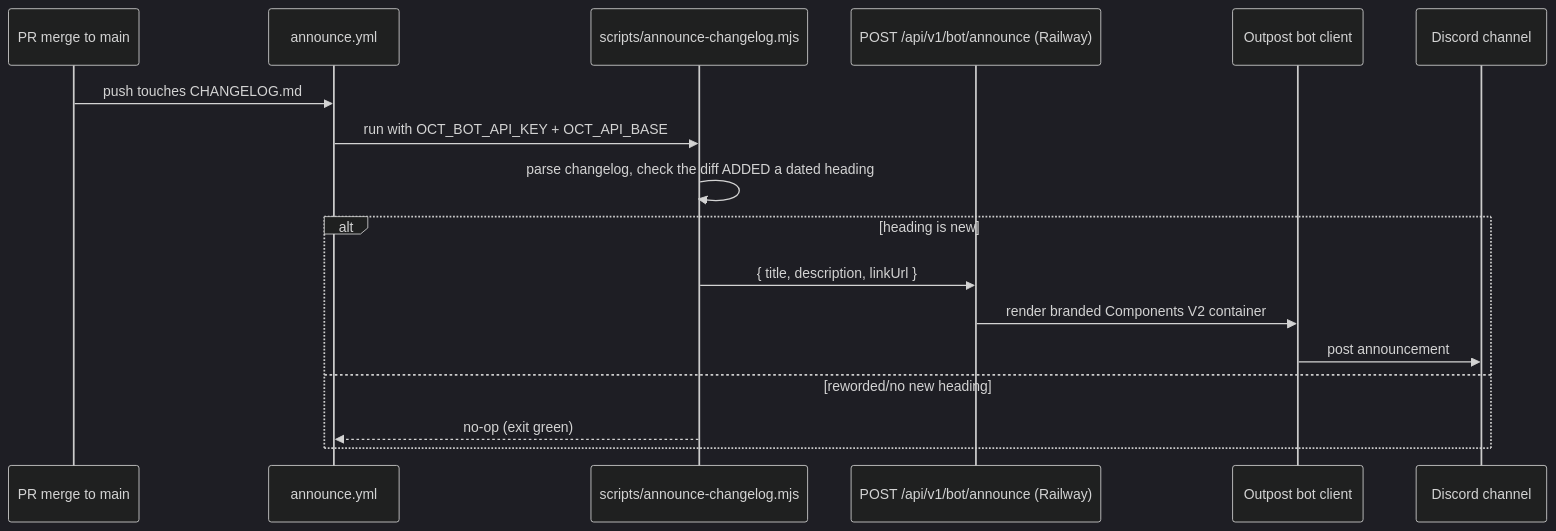
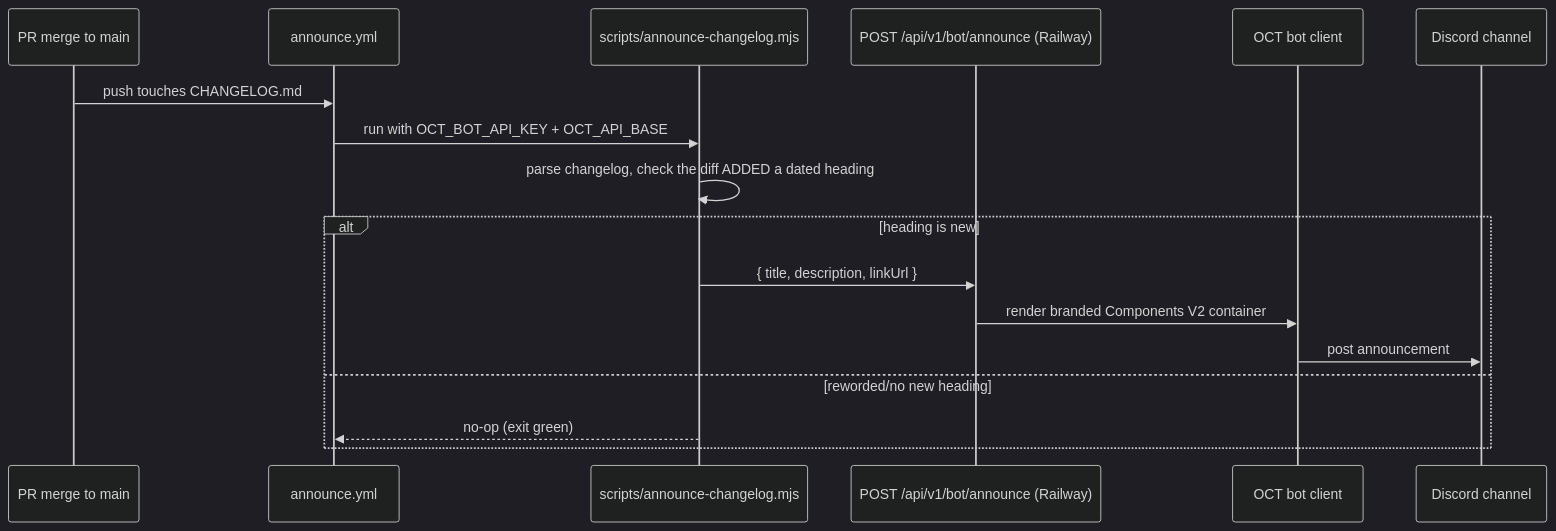
One commit to ArhamKhurram/Onchain-Tools changed the diagram in docs/src/content/docs/operations/announcements.md. Above: the diagram before and after it, drawn with Mermaid (dark theme). The commit also changed 28 other files, not shown here.

````diff
--- a/docs/src/content/docs/operations/announcements.md
+++ b/docs/src/content/docs/operations/announcements.md
@@ -11,20 +11,20 @@
 ```mermaid
 sequenceDiagram
   participant Dev as PR merge to main
   participant GH as announce.yml
   participant S as scripts/announce-changelog.mjs
   participant API as POST /api/v1/bot/announce (Railway)
-  participant Bot as Outpost bot client
+  participant Bot as OCT bot client
   participant D as Discord channel
 
   Dev->>GH: push touches CHANGELOG.md
   GH->>S: run with OCT_BOT_API_KEY + OCT_API_BASE
   S->>S: parse changelog, check the diff ADDED a dated heading
   alt heading is new
     S->>API: { title, description, linkUrl }
     API->>Bot: render branded Components V2 container
     Bot->>D: post announcement
   else reworded/no new heading
     S-->>GH: no-op (exit green)
   end
 ```
````
